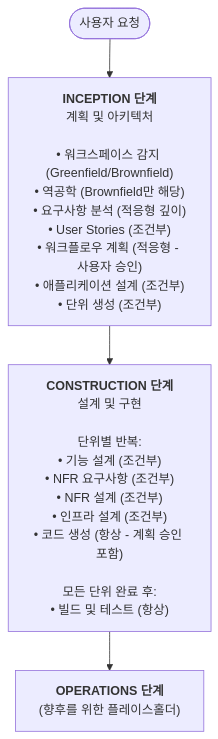
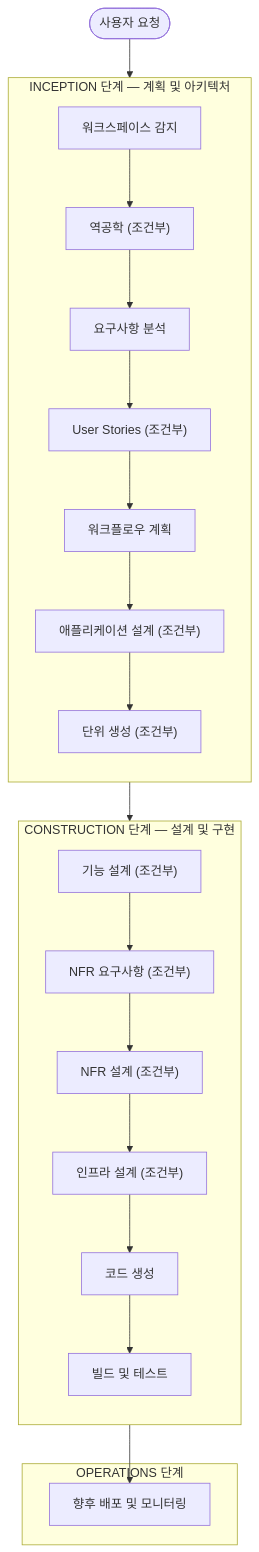
One commit to serithemage/aidlc-cc-plugin changed the diagram in README.md. Above: the diagram before and after it, drawn with Mermaid. The commit also changed 1 other file, not shown here.

Commit message:
Mermaid 다이어그램을 subgraph 구조로 개선
긴 노드 내용으로 인한 렌더링 실패 해결
- 단일 노드에 모든 내용 → subgraph + 개별 노드로 분리
- README.md, welcome-message.md 적용

````diff
--- a/README.md
+++ b/README.md
@@ -46,12 +46,31 @@
 ```mermaid
 flowchart TD
     Start(["사용자 요청"])
 
-    INCEPTION["<b>INCEPTION 단계</b><br/>계획 및 아키텍처<br/><br/>• 워크스페이스 감지 (Greenfield/Brownfield)<br/>• 역공학 (Brownfield만 해당)<br/>• 요구사항 분석 (적응형 깊이)<br/>• User Stories (조건부)<br/>• 워크플로우 계획 (적응형 - 사용자 승인)<br/>• 애플리케이션 설계 (조건부)<br/>• 단위 생성 (조건부)"]
+    subgraph INCEPTION["INCEPTION 단계 — 계획 및 아키텍처"]
+        direction TB
+        I1["워크스페이스 감지"] --> I2["역공학 (조건부)"]
+        I2 --> I3["요구사항 분석"]
+        I3 --> I4["User Stories (조건부)"]
+        I4 --> I5["워크플로우 계획"]
+        I5 --> I6["애플리케이션 설계 (조건부)"]
+        I6 --> I7["단위 생성 (조건부)"]
+    end
 
-    CONSTRUCTION["<b>CONSTRUCTION 단계</b><br/>설계 및 구현<br/><br/>단위별 반복:<br/>• 기능 설계 (조건부)<br/>• NFR 요구사항 (조건부)<br/>• NFR 설계 (조건부)<br/>• 인프라 설계 (조건부)<br/>• 코드 생성 (항상 - 계획 승인 포함)<br/><br/>모든 단위 완료 후:<br/>• 빌드 및 테스트 (항상)"]
+    subgraph CONSTRUCTION["CONSTRUCTION 단계 — 설계 및 구현"]
+        direction TB
+        C1["기능 설계 (조건부)"] --> C2["NFR 요구사항 (조건부)"]
+        C2 --> C3["NFR 설계 (조건부)"]
+        C3 --> C4["인프라 설계 (조건부)"]
+        C4 --> C5["코드 생성"]
+        C5 --> C6["빌드 및 테스트"]
+    end
 
-    OPERATIONS["<b>OPERATIONS 단계</b><br/>(향후를 위한 플레이스홀더)"]
+    subgraph OPERATIONS["OPERATIONS 단계"]
+        O1["향후 배포 및 모니터링"]
+    end
 
-    Start --> INCEPTION --> CONSTRUCTION --> OPERATIONS
+    Start --> I1
+    I7 --> C1
+    C6 --> O1
 ```
````
